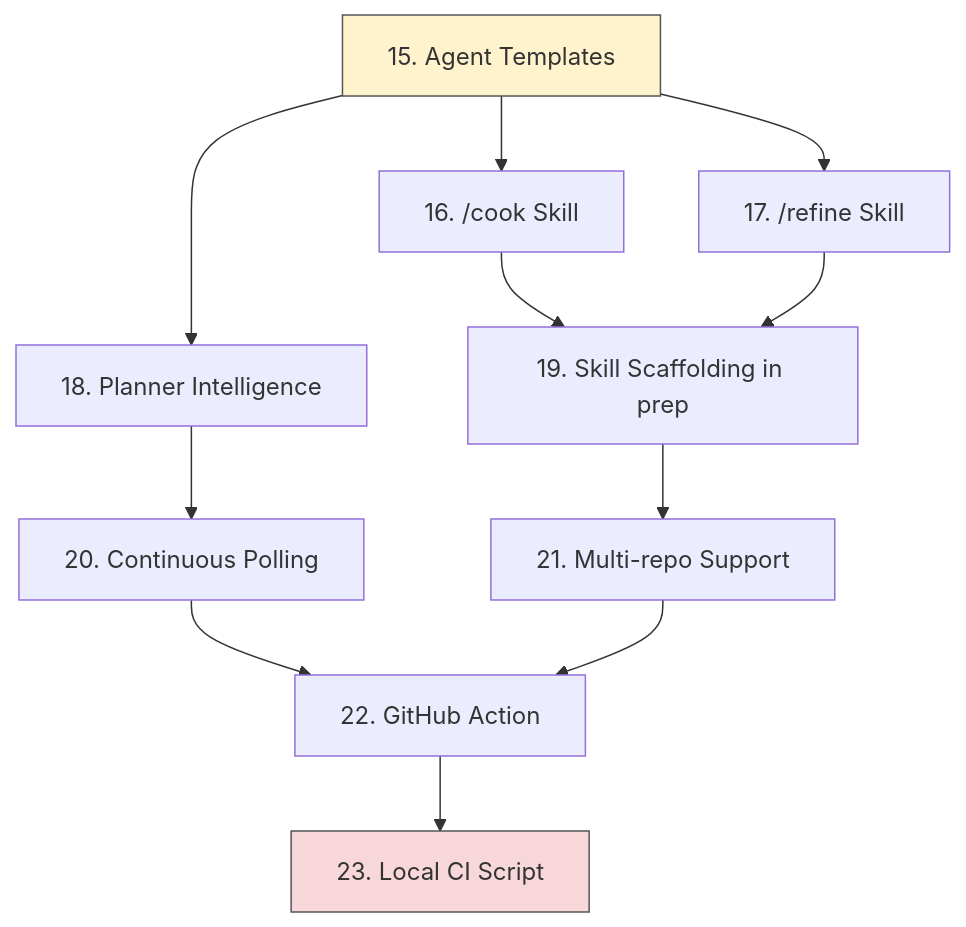
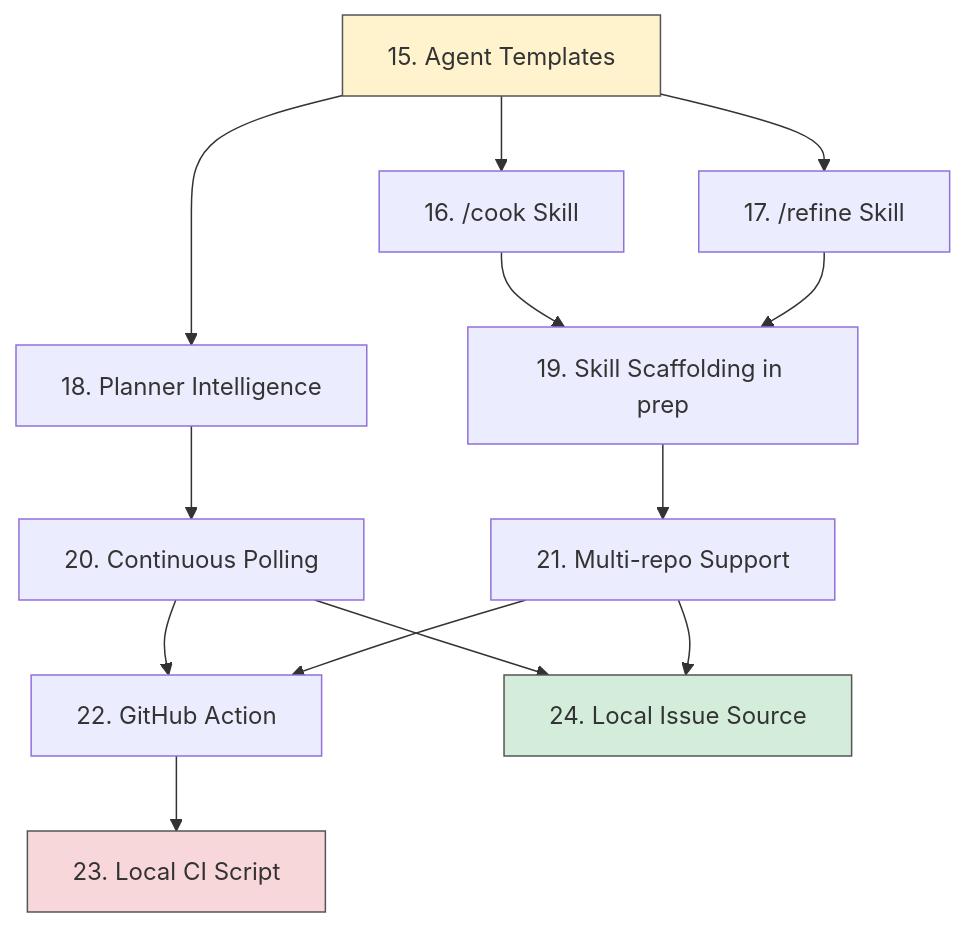
One commit to clayharmon/oven-cli changed the diagram in ROADMAP.md. Above: the diagram before and after it, drawn with Mermaid. The commit also changed other lines of this file and 3 other files, not shown here.

First line of the commit message:
docs: add Phase 24 (Local Issue Source) to roadmap and design docs

````diff
--- a/ROADMAP.md
+++ b/ROADMAP.md
@@ -11,16 +11,19 @@
 ```mermaid
 flowchart TD
     P15[15. Agent Templates] --> P16[16. /cook Skill]
     P15 --> P17[17. /refine Skill]
     P15 --> P18[18. Planner Intelligence]
     P16 --> P19[19. Skill Scaffolding in prep]
     P17 --> P19
     P18 --> P20[20. Continuous Polling]
     P19 --> P21[21. Multi-repo Support]
     P20 --> P22[22. GitHub Action]
+    P20 --> P24[24. Local Issue Source]
     P21 --> P22
+    P21 --> P24
     P22 --> P23[23. Local CI Script]
 
     style P15 fill:#fff3cd,stroke:#555
     style P23 fill:#f8d7da,stroke:#555
+    style P24 fill:#d4edda,stroke:#555
 ```
````
